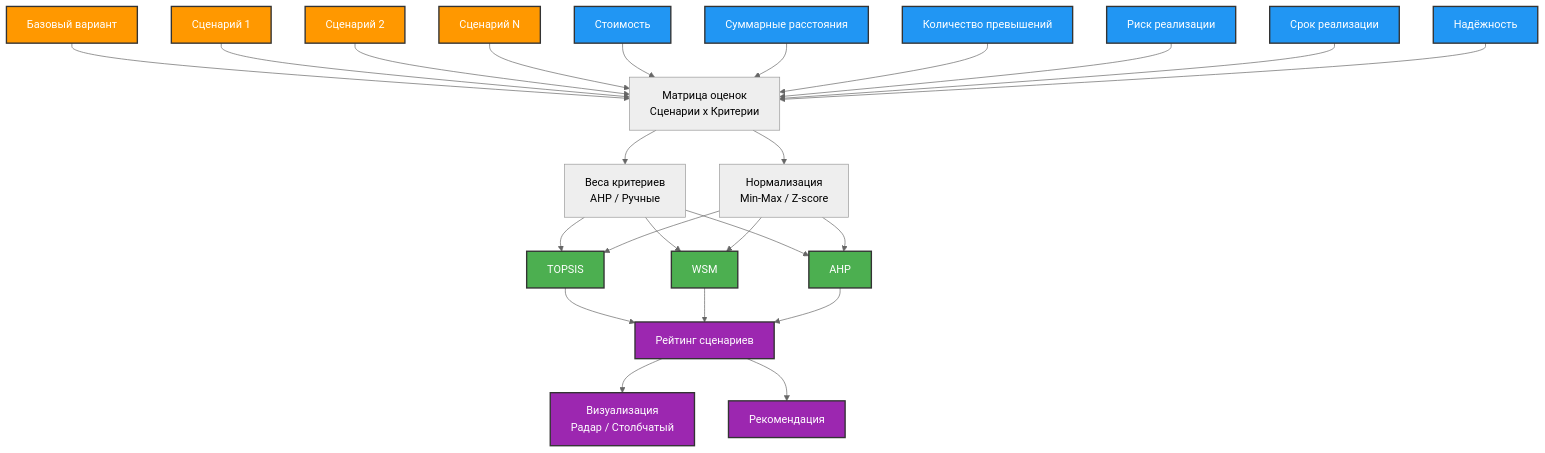
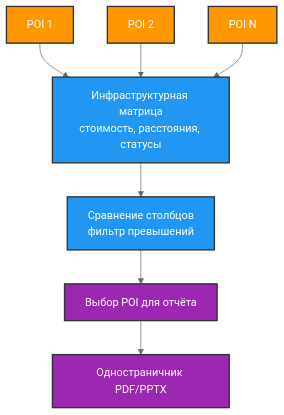
One commit to Mekcuka/Scaning changed the sixth of 12 diagrams in docs/calculation-logic-flow.md. Above: the diagram before and after it, drawn with Mermaid (neutral theme). The commit also changed other lines of this file and 121 other files, not shown here.

````diff
--- a/docs/calculation-logic-flow.md
+++ b/docs/calculation-logic-flow.md
@@ -231,53 +228,22 @@
 ```mermaid
 graph TD
-    B[Базовый вариант]
-    S1[Сценарий 1]
-    S2[Сценарий 2]
-    S3[Сценарий N]
+    P1[POI 1]
+    P2[POI 2]
+    P3[POI N]
 
-    C1[Стоимость]
-    C2[Суммарные расстояния]
-    C3[Количество превышений]
-    C4[Риск реализации]
-    C5[Срок реализации]
-    C6[Надёжность]
+    P1 --> M[Инфраструктурная матрица<br>стоимость, расстояния, статусы]
+    P2 --> M
+    P3 --> M
 
-    B --> M1
-    S1 --> M1
-    S2 --> M1
-    S3 --> M1
-
-    C1 --> M1[Матрица оценок<br>Сценарии x Критерии]
-    C2 --> M1
-    C3 --> M1
-    C4 --> M1
-    C5 --> M1
-    C6 --> M1
-
-    M1 --> M2[Веса критериев<br>AHP / Ручные]
-    M1 --> M3[Нормализация<br>Min-Max / Z-score]
-
-    M2 --> A1[TOPSIS]
-    M2 --> A2[WSM]
-    M2 --> A3[AHP]
-    M3 --> A1
-    M3 --> A2
-    M3 --> A3
-
-    A1 --> R1[Рейтинг сценариев]
-    A2 --> R1
-    A3 --> R1
-
-    R1 --> R2[Визуализация<br>Радар / Столбчатый]
-    R1 --> R3[Рекомендация]
+    M --> Compare[Сравнение столбцов<br>фильтр превышений]
+    Compare --> Select[Выбор POI для отчёта]
+    Select --> Report[Одностраничник PDF/PPTX]
 
     classDef orange fill:#FF9800,stroke:#333,stroke-width:2px,color:#fff
     classDef blue fill:#2196F3,stroke:#333,stroke-width:2px,color:#fff
-    classDef green fill:#4CAF50,stroke:#333,stroke-width:2px,color:#fff
     classDef purple fill:#9C27B0,stroke:#333,stroke-width:2px,color:#fff
 
-    class B,S1,S2,S3 orange
-    class C1,C2,C3,C4,C5,C6 blue
-    class A1,A2,A3 green
-    class R1,R2,R3 purple
+    class P1,P2,P3 orange
+    class M,Compare blue
+    class Select,Report purple
 ```
````
